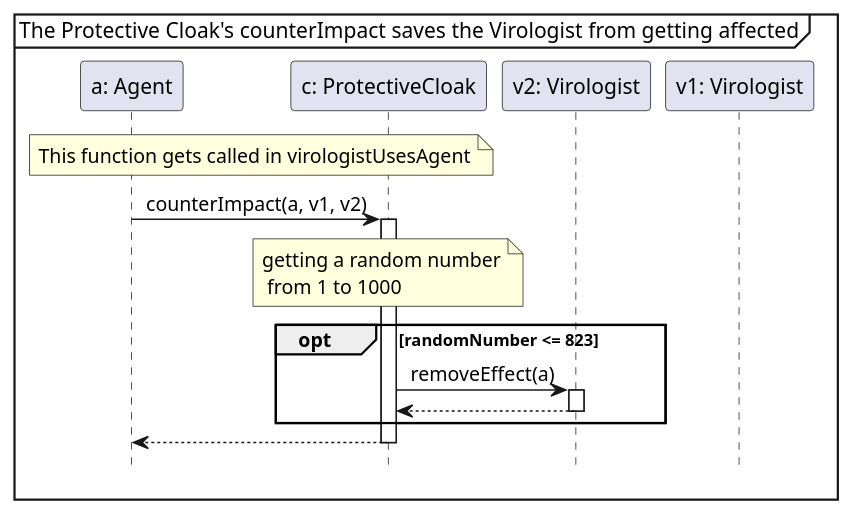
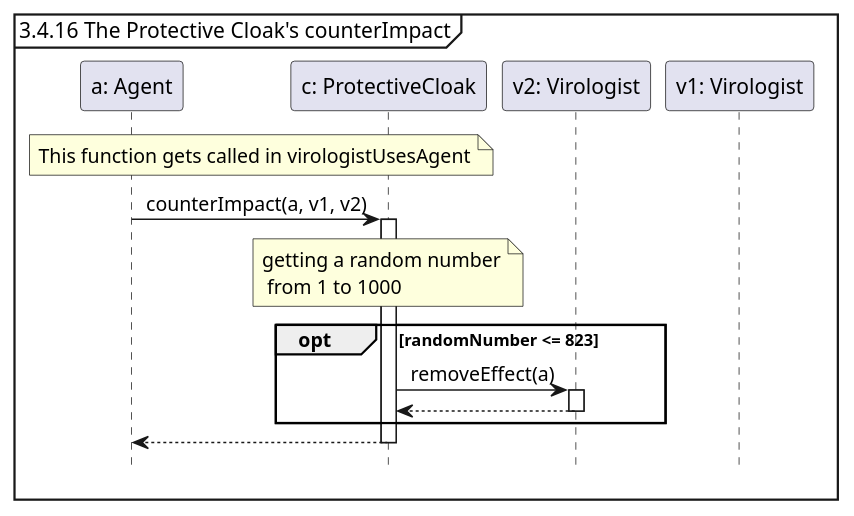
The diagram in docs/seqDiagrams/12_3protectiveCloakCounterImpact.puml (Tschonti/503-service-unavailable), drawn with PlantUML before and after one commit. The commit also changed 9 other files, not shown here.

```diff
--- a/docs/seqDiagrams/12_3protectiveCloakCounterImpact.puml
+++ b/docs/seqDiagrams/12_3protectiveCloakCounterImpact.puml
@@ -1,21 +1,22 @@
 @startuml
 'https://plantuml.com/sequence-diagram
 
 hide footbox
 skinparam sequenceMessageAlign center
-mainframe The Protective Cloak's counterImpact saves the Virologist from getting affected
+
+mainframe 3.4.16 The Protective Cloak's counterImpact
 
 participant "a: Agent" as a
 participant "c: ProtectiveCloak" as c
 participant "v2: Virologist" as v2
 participant "v1: Virologist" as v1
 
 note over a,c: This function gets called in virologistUsesAgent
 a -> c ++: counterImpact(a, v1, v2)
     note over c :getting a random number\n from 1 to 1000
     opt randomNumber <= 823
         c -> v2 ++: removeEffect(a)
         return
     end
 return
 @enduml
```
